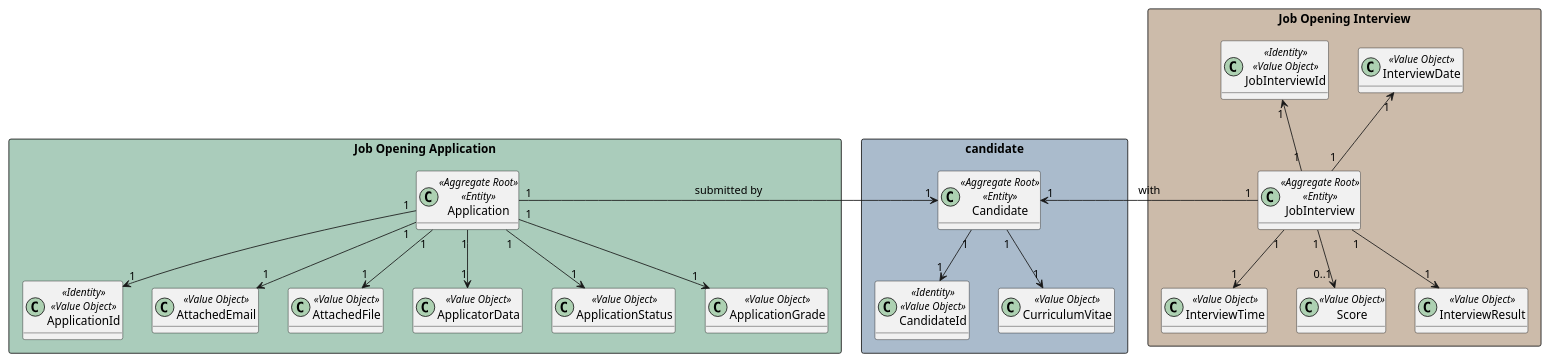
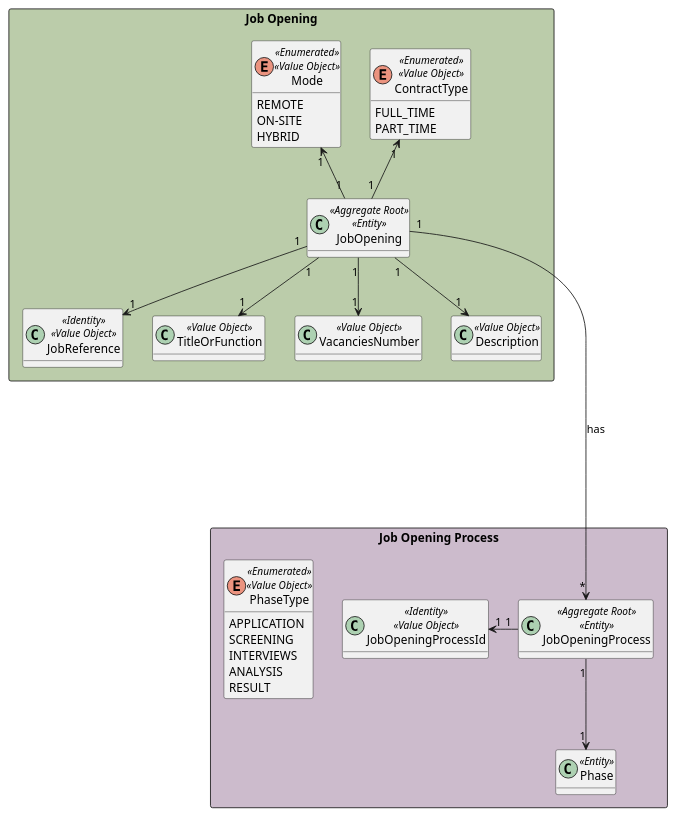
Before and after one commit to marcoferreira37/Lapr4: the diagram in docs/sprintC/1016/puml/1016-domain-model.puml, drawn with PlantUML. The commit also changed 5 other files, not shown here.

Commit message:
#41 update domain model, class diagram and sequence diagram

```diff
--- a/docs/sprintC/1016/puml/1016-domain-model.puml
+++ b/docs/sprintC/1016/puml/1016-domain-model.puml
@@ -1,62 +1,73 @@
 @startuml
 'https://plantuml.com/class-diagram
 
 hide methods
 
+rectangle "Job Opening" #bbccaa {
 
-rectangle "Job Opening Application" #aaccbb {
-    class Application<<Aggregate Root>><<Entity>>{}
-    class ApplicationId<<Identity>><<Value Object>>{}
-    class AttachedEmail<<Value Object>>{}
-    class AttachedFile<<Value Object>>{}
-    class ApplicatorData<<Value Object>>{}
-    class ApplicationStatus<<Value Object>>{}
-    class ApplicationGrade<<Value Object>>{}
-}
+    class JobOpening<<Aggregate Root>><<Entity>>{}
+
+    class JobReference<<Identity>><<Value Object>>{}
+
+    class TitleOrFunction<<Value Object>>{}
+
+    enum ContractType<<Enumerated>><<Value Object>>{
+        FULL_TIME
+        PART_TIME
+    }
+
+    enum Mode<<Enumerated>><<Value Object>>{
+        REMOTE
+        ON-SITE
+        HYBRID
+        }
 
 
-rectangle candidate #aabbcc{
-    class Candidate<<Aggregate Root>><<Entity>>{}
-    class CandidateId<<Identity>><<Value Object>>{}
-    class CurriculumVitae<<Value Object>>{}
+    class VacanciesNumber<<Value Object>>{}
+
+    class Description<<Value Object>>{}
+'
+'    class PhaseDates<<Entity>>{}
+'    enum PhaseType<<Enumerated>><<Value Object>>{
+'                APPLICATION
+'                SCREENING
+'                INTERVIEWS
+'                ANALYSIS
+'                RESULT
+'            }
+'     JobOpening "1" --> "0..1" PhaseDates
+'     PhaseDates "1" --> "1" PhaseType
 }
 
 
 
+rectangle "Job Opening Process" #ccbbcc{
+    class JobOpeningProcess<<Aggregate Root>><<Entity>>{}
+    class JobOpeningProcessId<<Identity>><<Value Object>>{}
+    class Phase<<Entity>>{
+        }
+    enum PhaseType<<Enumerated>><<Value Object>>{
+        APPLICATION
+        SCREENING
+        INTERVIEWS
+        ANALYSIS
+        RESULT
+    }
+}
 
 
-  rectangle "Job Opening Interview" #ccbbaa {
-      class JobInterview <<Aggregate Root>><<Entity>>{}
-      class JobInterviewId<<Identity>><<Value Object>>{}
-      class InterviewDate<<Value Object>>{}
-      class InterviewTime<<Value Object>>{}
-      class Score<<Value Object>>{}
-      class InterviewResult<<Value Object>>{}
-  }
+JobOpeningProcess "1" --> "1" Phase
+
+JobReference "1" <-up- "1" JobOpening
+TitleOrFunction "1" <-up- "1" JobOpening
+ContractType "1" <-- "1" JobOpening
+Mode "1" <-- "1" JobOpening
+Description "1" <-up- "1" JobOpening
+VacanciesNumber "1" <-up- "1" JobOpening
 
 
 
-
-
-Candidate "1"--> "1" CandidateId
-Candidate "1"--> "1" CurriculumVitae
-
-
-Application "1" --> "1" ApplicationId
-Application "1" --> "1" AttachedEmail
-Application "1" --> "1" AttachedFile
-Application "1" --> "1" ApplicatorData
-Application "1" -> "1" Candidate : submitted by
-Application "1" --> "1" ApplicationStatus
-Application "1" --> "1" ApplicationGrade
-
-JobInterview "1" -up-> "1" JobInterviewId
-JobInterview "1" -up-> "1" InterviewDate
-JobInterview "1" --> "1" InterviewTime
-JobInterview "1" --> "0..1" Score
-JobInterview "1" --> "1" InterviewResult
-
-JobInterview "1" -> "1" Candidate : with
-
+JobOpeningProcess "1" -left-> "1" JobOpeningProcessId
+JobOpening "1" -----> "*" JobOpeningProcess : has
 
 @enduml
```
